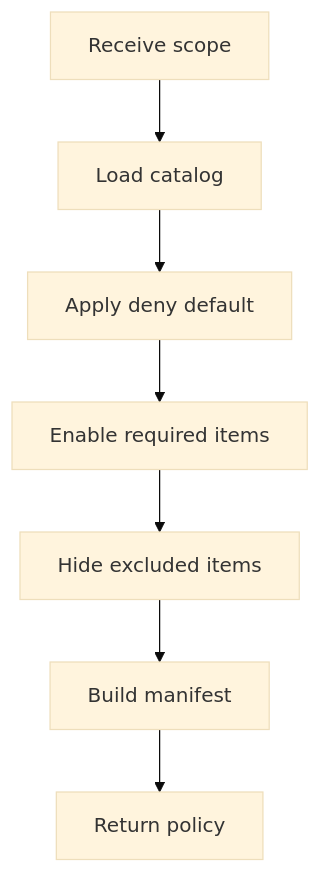
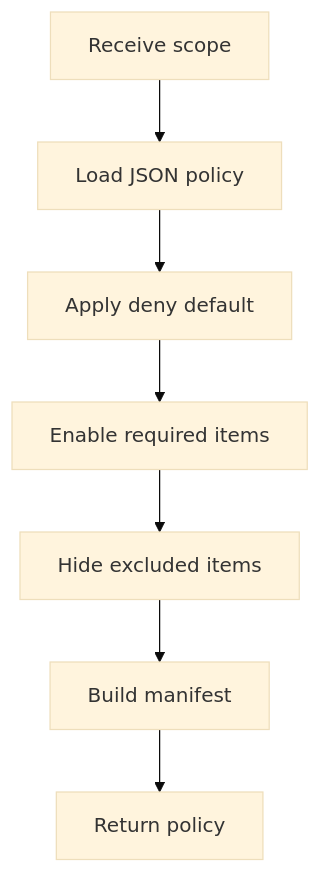
One commit to JohnAndrewBalbarosa/NeoTerritory changed the diagram in docs/Codebase/Backend/src/services/featureTogglePolicyService.js.md. Above: the diagram before and after it, drawn with Mermaid (base theme). The commit also changed other lines of this file and 29 other files, not shown here.

````diff
--- a/docs/Codebase/Backend/src/services/featureTogglePolicyService.js.md
+++ b/docs/Codebase/Backend/src/services/featureTogglePolicyService.js.md
@@ -29,16 +29,16 @@
 ```mermaid
 flowchart TD
     Start["Receive scope"]
-    N0["Load catalog"]
+    N0["Load JSON policy"]
     N1["Apply deny default"]
     N2["Enable required items"]
     N3["Hide excluded items"]
     N4["Build manifest"]
     End["Return policy"]
     Start --> N0
     N0 --> N1
     N1 --> N2
     N2 --> N3
     N3 --> N4
     N4 --> End
 ```
````
